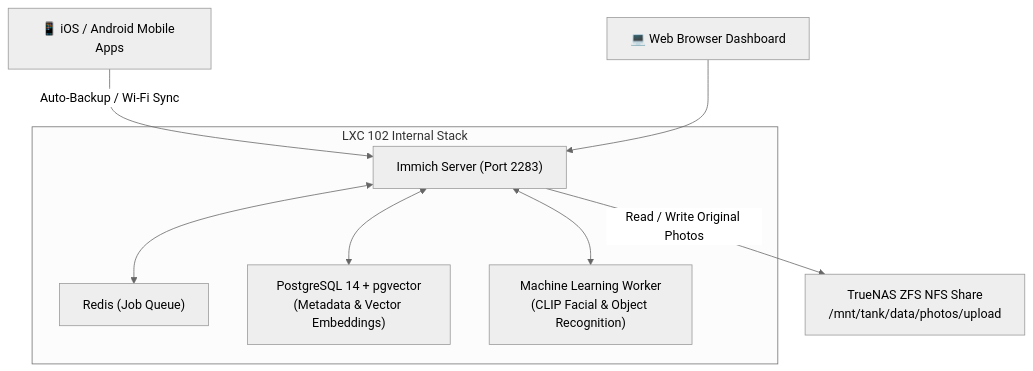
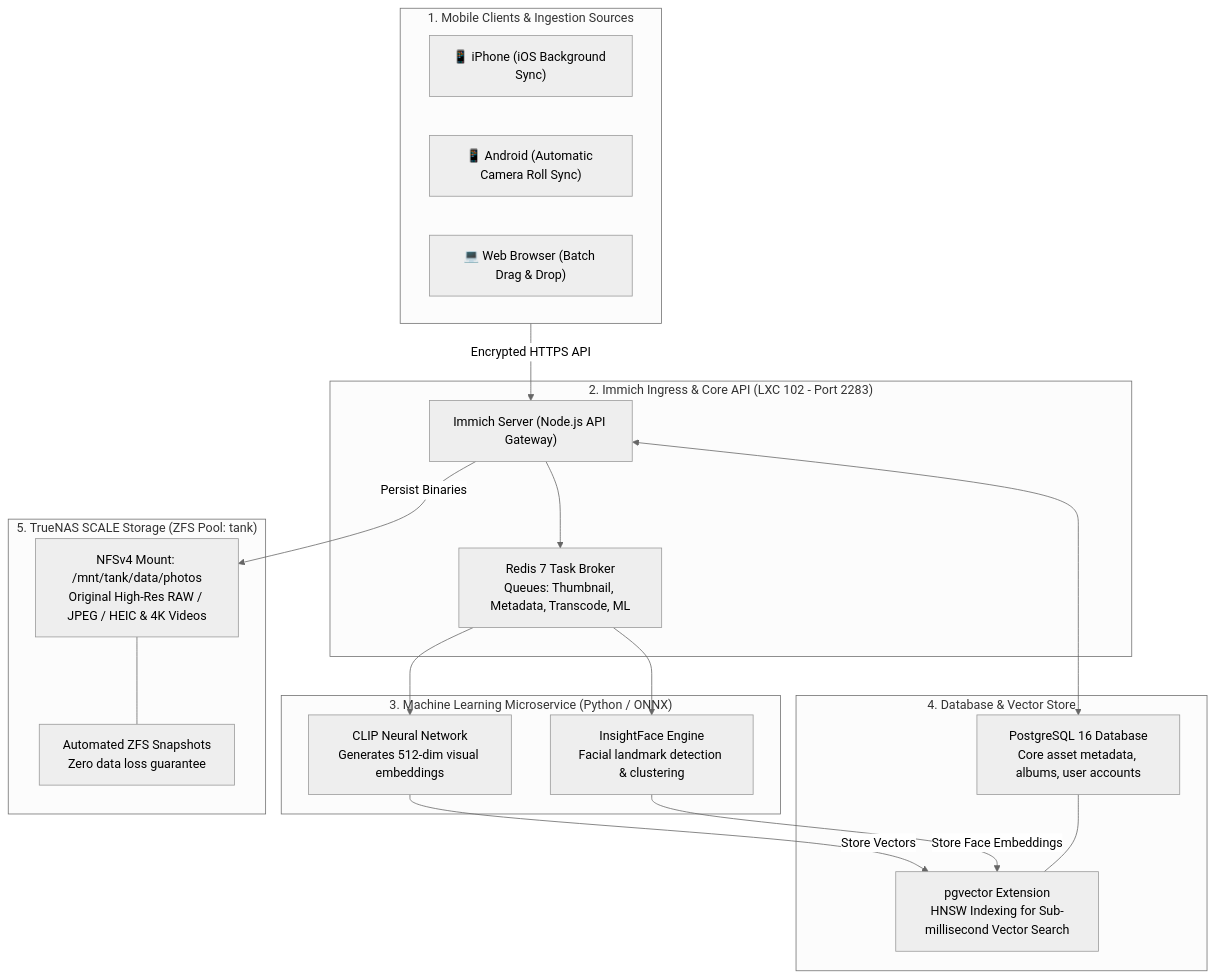
The diagram in services/immich-photos/README.md (nishilshah/homelab-blueprints), drawn with Mermaid (neutral theme) before and after one commit. The commit also changed other lines of this file and 12 other files, not shown here.

Commit message:
docs: enrich all service blueprints with deep architecture, cross-service linkages, and decision rationale

````diff
--- a/services/immich-photos/README.md
+++ b/services/immich-photos/README.md
@@ -23,13 +26,42 @@
 ```mermaid
 flowchart TD
-    Mobile["📱 iOS / Android Mobile Apps"] -->|Auto-Backup / Wi-Fi Sync| Server["Immich Server (Port 2283)"]
-    Web["💻 Web Browser Dashboard"] --> Server
-
-    subgraph ContainerServices ["LXC 102 Internal Stack"]
-        Server <--> Redis["Redis (Job Queue)"]
-        Server <--> DB["PostgreSQL 14 + pgvector<br/>(Metadata & Vector Embeddings)"]
-        Server <--> ML["Machine Learning Worker<br/>(CLIP Facial & Object Recognition)"]
+    subgraph MobileClients ["1. Mobile Clients & Ingestion Sources"]
+        iOS["📱 iPhone (iOS Background Sync)"]
+        Android["📱 Android (Automatic Camera Roll Sync)"]
+        Web["💻 Web Browser (Batch Drag & Drop)"]
     end
 
-    Server -->|Read / Write Original Photos| TrueNAS["TrueNAS ZFS NFS Share<br/>/mnt/tank/data/photos/upload"]
+    subgraph ImmichGateway ["2. Immich Ingress & Core API (LXC 102 - Port 2283)"]
+        Server["Immich Server (Node.js API Gateway)"]
+        RedisQ["Redis 7 Task Broker<br/>Queues: Thumbnail, Metadata, Transcode, ML"]
+        Server --> RedisQ
+    end
+
+    MobileClients -->|Encrypted HTTPS API| Server
+
+    subgraph ML_Engine ["3. Machine Learning Microservice (Python / ONNX)"]
+        CLIP["CLIP Neural Network<br/>Generates 512-dim visual embeddings"]
+        Face["InsightFace Engine<br/>Facial landmark detection & clustering"]
+        RedisQ --> CLIP
+        RedisQ --> Face
+    end
+
+    subgraph DatabaseLayer ["4. Database & Vector Store"]
+        Postgres["PostgreSQL 16 Database<br/>Core asset metadata, albums, user accounts"]
+        PgVector["pgvector Extension<br/>HNSW Indexing for Sub-millisecond Vector Search"]
+        
+        CLIP -->|Store Vectors| PgVector
+        Face -->|Store Face Embeddings| PgVector
+        Postgres --- PgVector
+    end
+
+    subgraph StorageLayer ["5. TrueNAS SCALE Storage (ZFS Pool: tank)"]
+        NFS["NFSv4 Mount: /mnt/tank/data/photos<br/>Original High-Res RAW / JPEG / HEIC & 4K Videos"]
+        Snapshots["Automated ZFS Snapshots<br/>Zero data loss guarantee"]
+        
+        Server -->|Persist Binaries| NFS
+        NFS --- Snapshots
+    end
+
+    Server <--> Postgres
 ```
````
